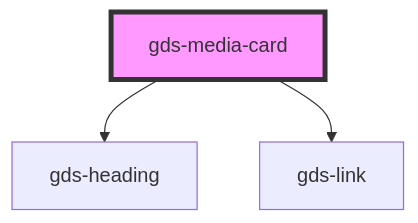
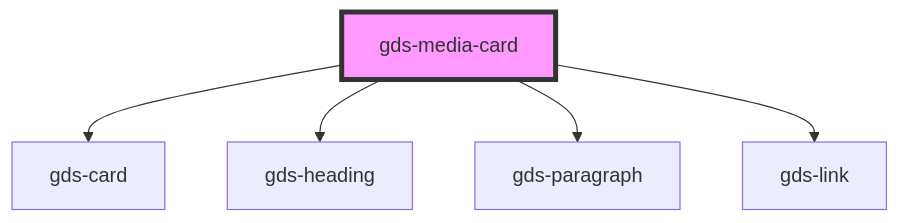
The diagram in src/components/gds-media-card/readme.md (generoi/genero-design-system), drawn with Mermaid before and after one commit. The commit also changed other lines of this file and 18 other files, not shown here.

First line of the commit message:
feat: add general use gds-card container

````diff
--- a/src/components/gds-media-card/readme.md
+++ b/src/components/gds-media-card/readme.md
@@ -27,6 +29,8 @@
 ```mermaid
 graph TD;
+  gds-media-card --> gds-card
   gds-media-card --> gds-heading
+  gds-media-card --> gds-paragraph
   gds-media-card --> gds-link
   style gds-media-card fill:#f9f,stroke:#333,stroke-width:4px
 ```
````
